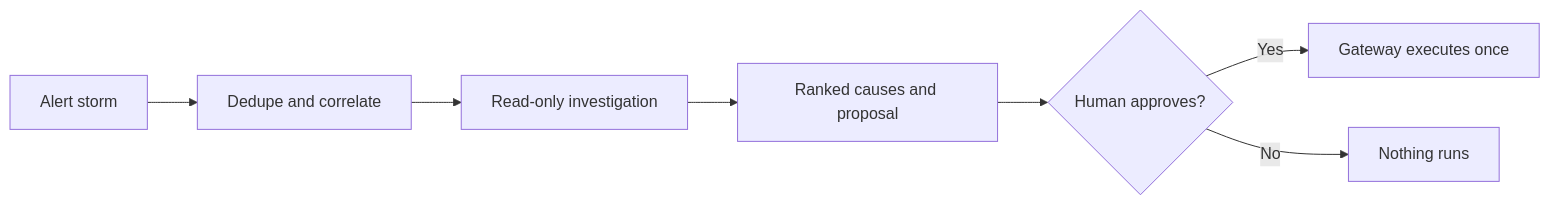
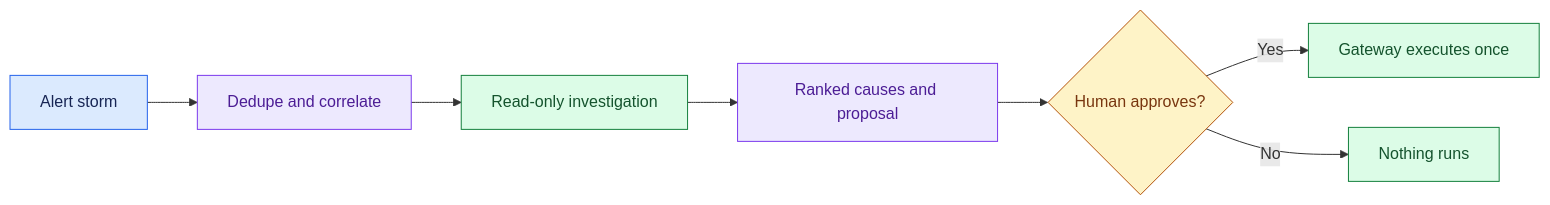
The diagram in site/case-pages/sre-incident-response-agent/introduction.md (Sourav692/Forward-Deployed-Engineer-Interview-Prep), drawn with Mermaid before and after one commit. The commit also changed other lines of this file and 1268 other files, not shown here.

First line of the commit message:
content: polish Casebook writing and Mermaid diagrams (#251)

````diff
--- a/site/case-pages/sre-incident-response-agent/introduction.md
+++ b/site/case-pages/sre-incident-response-agent/introduction.md
@@ -15,9 +20,19 @@
 ```mermaid
 flowchart LR
   A[Alert storm] --> B[Dedupe and correlate]
   B --> C[Read-only investigation]
   C --> D[Ranked causes and proposal]
   D --> E{Human approves?}
   E -->|Yes| F[Gateway executes once]
   E -->|No| G[Nothing runs]
+
+    %% Casebook colours: entry, reasoning, results, controls, and stopped paths.
+    classDef cbInput fill:#dbeafe,stroke:#2563eb,color:#172554
+    class A cbInput
+    classDef cbReason fill:#ede9fe,stroke:#7c3aed,color:#4c1d95
+    class B,D cbReason
+    classDef cbAction fill:#dcfce7,stroke:#15803d,color:#14532d
+    class C,F,G cbAction
+    classDef cbPolicy fill:#fef3c7,stroke:#b45309,color:#78350f
+    class E cbPolicy
 ```
````
